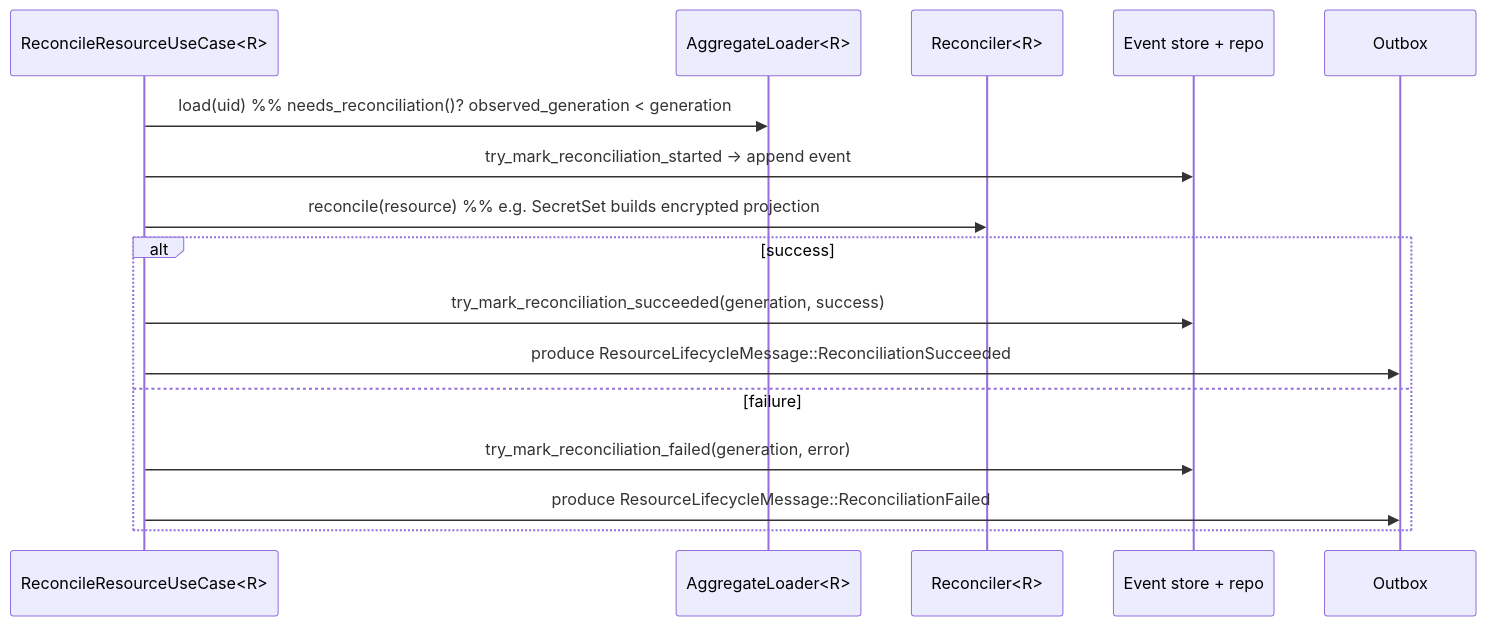
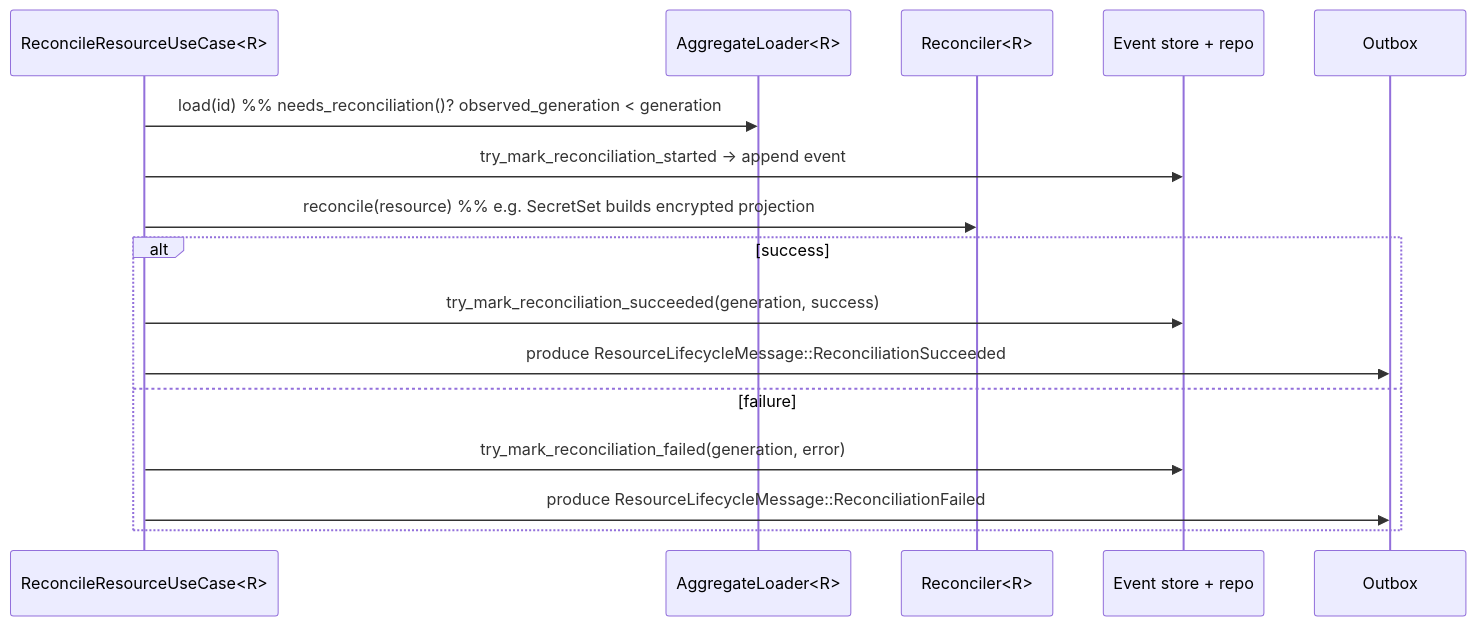
Before and after one commit to kamu-data/kamu-cli: the fourth of 7 diagrams in docs/internal/resources-framework.md, drawn with Mermaid. The commit also changed other lines of this file and 303 other files, not shown here.

````diff
--- a/docs/internal/resources-framework.md
+++ b/docs/internal/resources-framework.md
@@ -793,19 +793,19 @@
 ```mermaid
 sequenceDiagram
     participant UC as ReconcileResourceUseCase<R>
     participant L as AggregateLoader<R>
     participant Rec as Reconciler<R>
     participant ST as Event store + repo
     participant OB as Outbox
 
-    UC->>L: load(uid)  %% needs_reconciliation()? observed_generation < generation
+    UC->>L: load(id)  %% needs_reconciliation()? observed_generation < generation
     UC->>ST: try_mark_reconciliation_started → append event
     UC->>Rec: reconcile(resource)  %% e.g. SecretSet builds encrypted projection
     alt success
         UC->>ST: try_mark_reconciliation_succeeded(generation, success)
         UC->>OB: produce ResourceLifecycleMessage::ReconciliationSucceeded
     else failure
         UC->>ST: try_mark_reconciliation_failed(generation, error)
         UC->>OB: produce ResourceLifecycleMessage::ReconciliationFailed
     end
 ```
````
